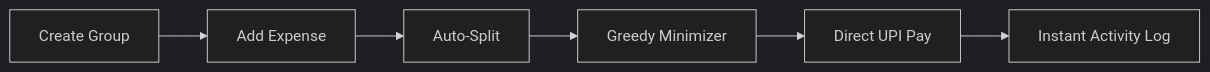
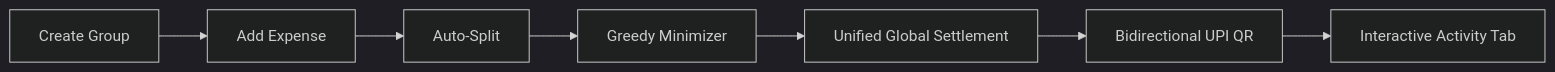
One commit to shikharagrawal17/settleup changed the diagram in PITCH_DECK.md. Above: the diagram before and after it, drawn with Mermaid (dark theme). The commit also changed other lines of this file and 27 other files, not shown here.

````diff
--- a/PITCH_DECK.md
+++ b/PITCH_DECK.md
@@ -20,8 +33,9 @@
 ```mermaid
 graph LR
     A[Create Group] --> B[Add Expense]
     B --> C[Auto-Split]
     C --> D[Greedy Minimizer]
-    D --> E[Direct UPI Pay]
-    E --> F[Instant Activity Log]
+    D --> E[Unified Global Settlement]
+    E --> F[Bidirectional UPI QR]
+    F --> G[Interactive Activity Tab]
 ```
````
